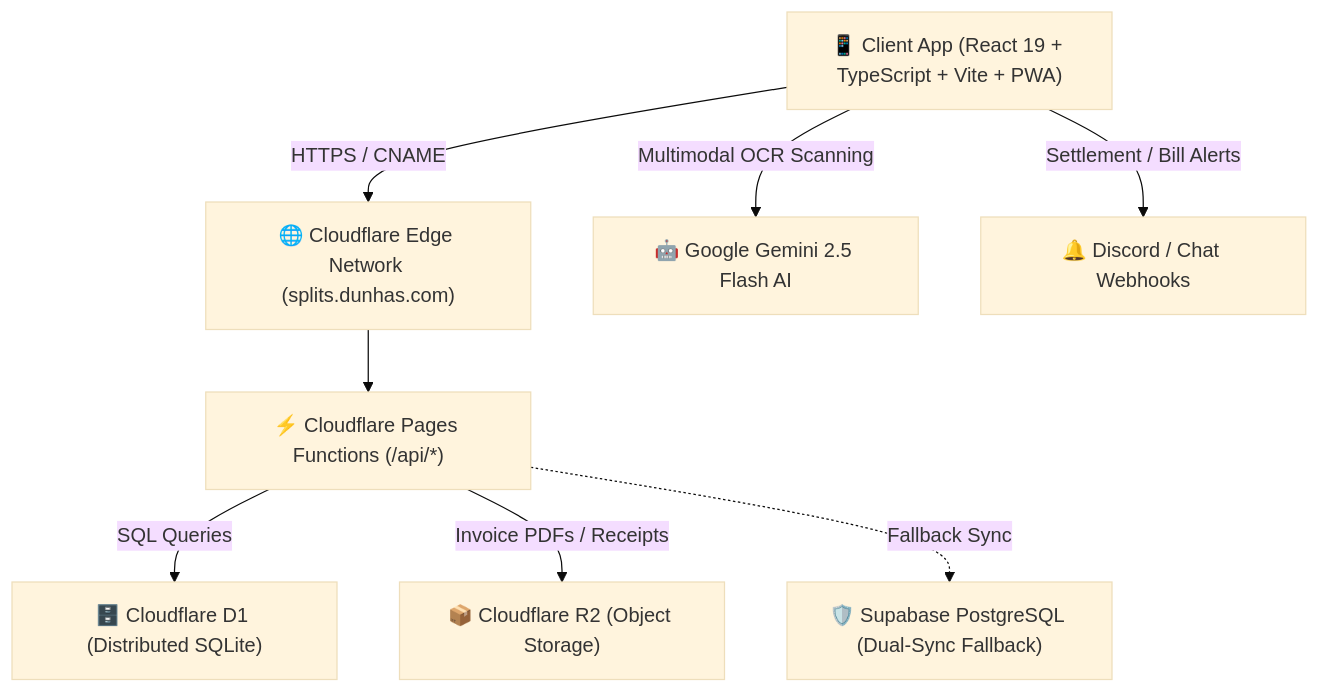
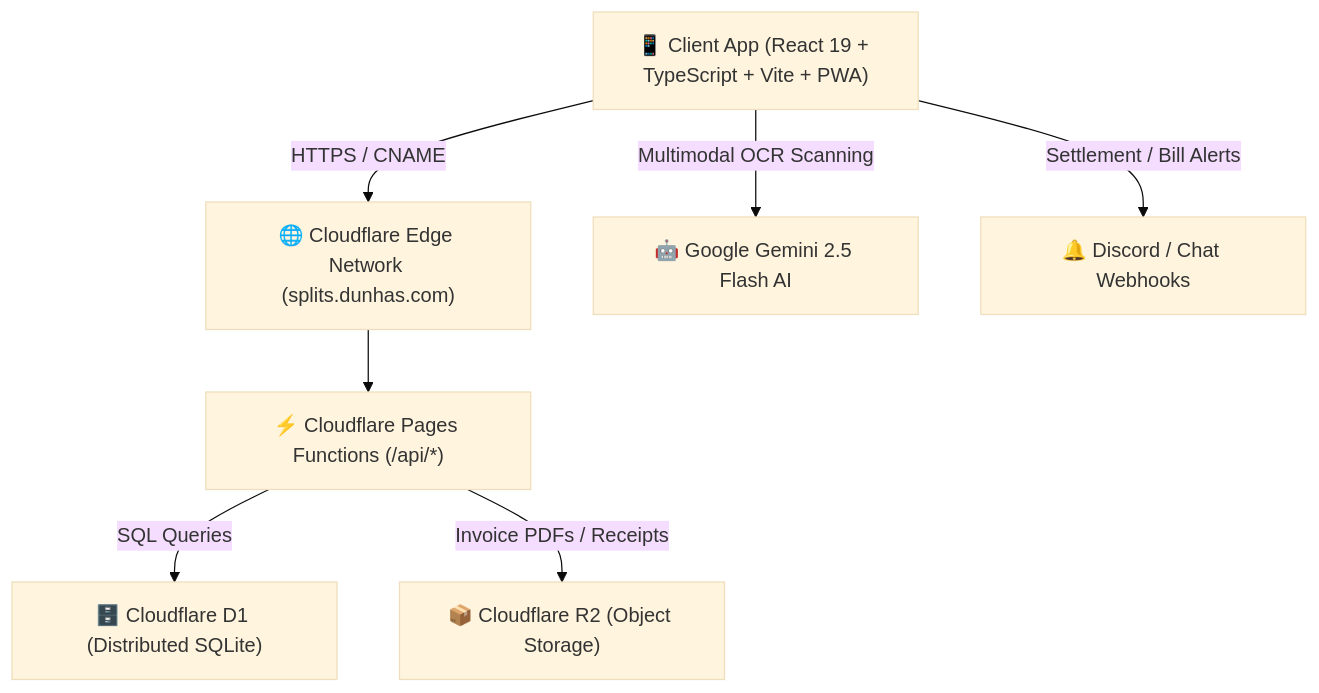
One commit to Srlimao/house-splits changed the diagram in README.md. Above: the diagram before and after it, drawn with Mermaid (base theme). The commit also changed other lines of this file and 1 other file, not shown here.

Commit message:
docs: align README and APP_SPEC with pure Cloudflare D1/R2 architecture

````diff
--- a/README.md
+++ b/README.md
@@ -20,19 +20,17 @@
 ```mermaid
 graph TD
     Client["📱 Client App (React 19 + TypeScript + Vite + PWA)"]
     EdgeDNS["🌐 Cloudflare Edge Network (splits.dunhas.com)"]
     PagesFunc["⚡ Cloudflare Pages Functions (/api/*)"]
     D1["🗄️ Cloudflare D1 (Distributed SQLite)"]
     R2["📦 Cloudflare R2 (Object Storage)"]
     Gemini["🤖 Google Gemini 2.5 Flash AI"]
     Discord["🔔 Discord / Chat Webhooks"]
-    Supabase["🛡️ Supabase PostgreSQL (Dual-Sync Fallback)"]
 
     Client -->|HTTPS / CNAME| EdgeDNS
     EdgeDNS --> PagesFunc
     PagesFunc -->|SQL Queries| D1
     PagesFunc -->|Invoice PDFs / Receipts| R2
     Client -->|Multimodal OCR Scanning| Gemini
     Client -->|Settlement / Bill Alerts| Discord
-    PagesFunc -.->|Fallback Sync| Supabase
 ```
````
